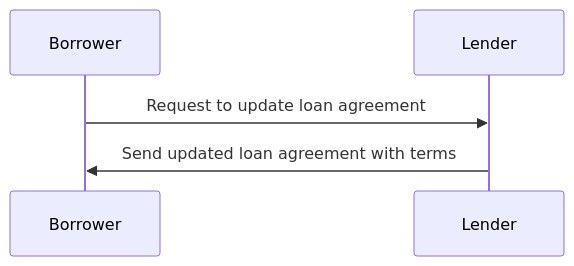
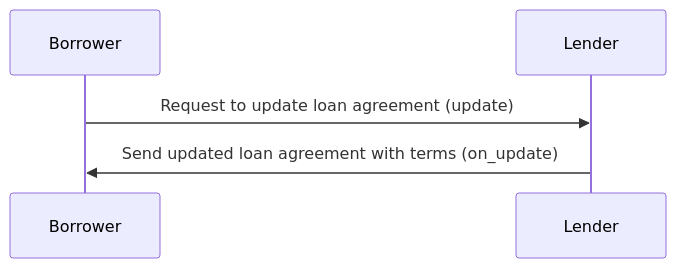
The eighth of 11 diagrams in docs/Generic-Credit-Application-Workflow.md (beckn/financial-services), drawn with Mermaid before and after one commit. The commit also changed other lines of this file, not shown here.

````diff
--- a/docs/Generic-Credit-Application-Workflow.md
+++ b/docs/Generic-Credit-Application-Workflow.md
@@ -156,5 +201,5 @@
 ```mermaid
     sequenceDiagram
-    Borrower->>Lender: Request to update loan agreement
-    Lender->>Borrower: Send updated loan agreement with terms
+    Borrower->>Lender: Request to update loan agreement (update)
+    Lender->>Borrower: Send updated loan agreement with terms (on_update)
 ```
````
